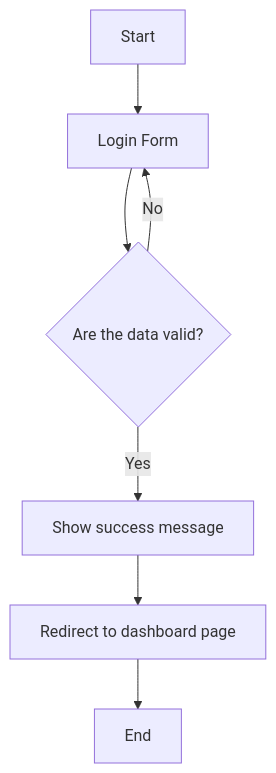
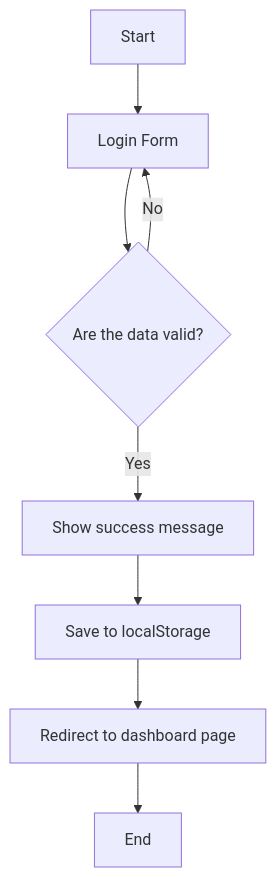
Before and after one commit to Espadv69/Course-2025: the diagram in diagrams/login.md, drawn with Mermaid.

````diff
--- a/diagrams/login.md
+++ b/diagrams/login.md
@@ -1,9 +1,10 @@
 ```mermaid
 graph TD;
   A[Start] --> B[Login Form]
   B --> C{Are the data valid?}
   C -- No --> B
   C -- Yes --> D[Show success message]
-  D --> E[Redirect to dashboard page]
-  E --> F[End]
+  D --> E[Save to localStorage]
+  E --> F[Redirect to dashboard page]
+  F --> G[End]
 ```
````
